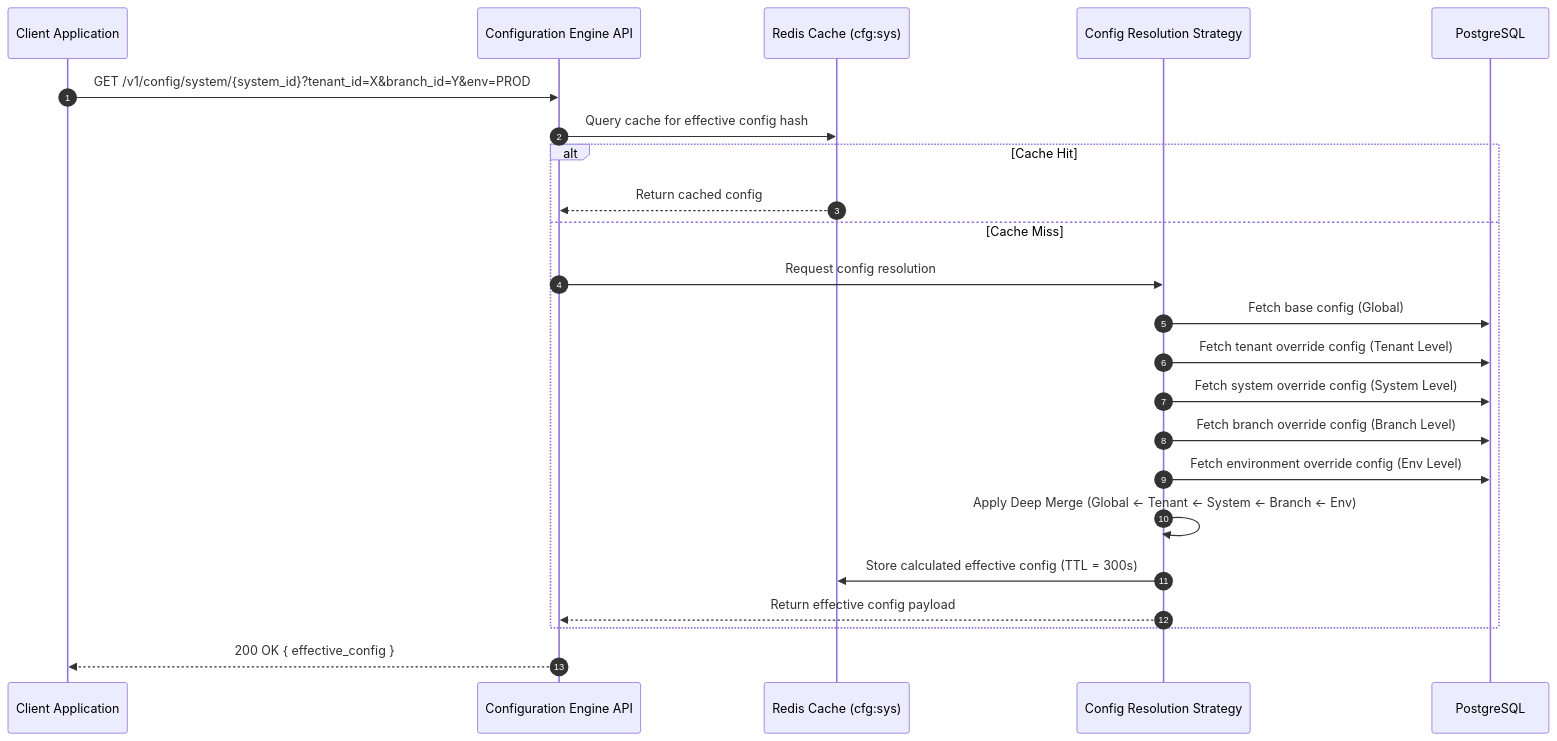
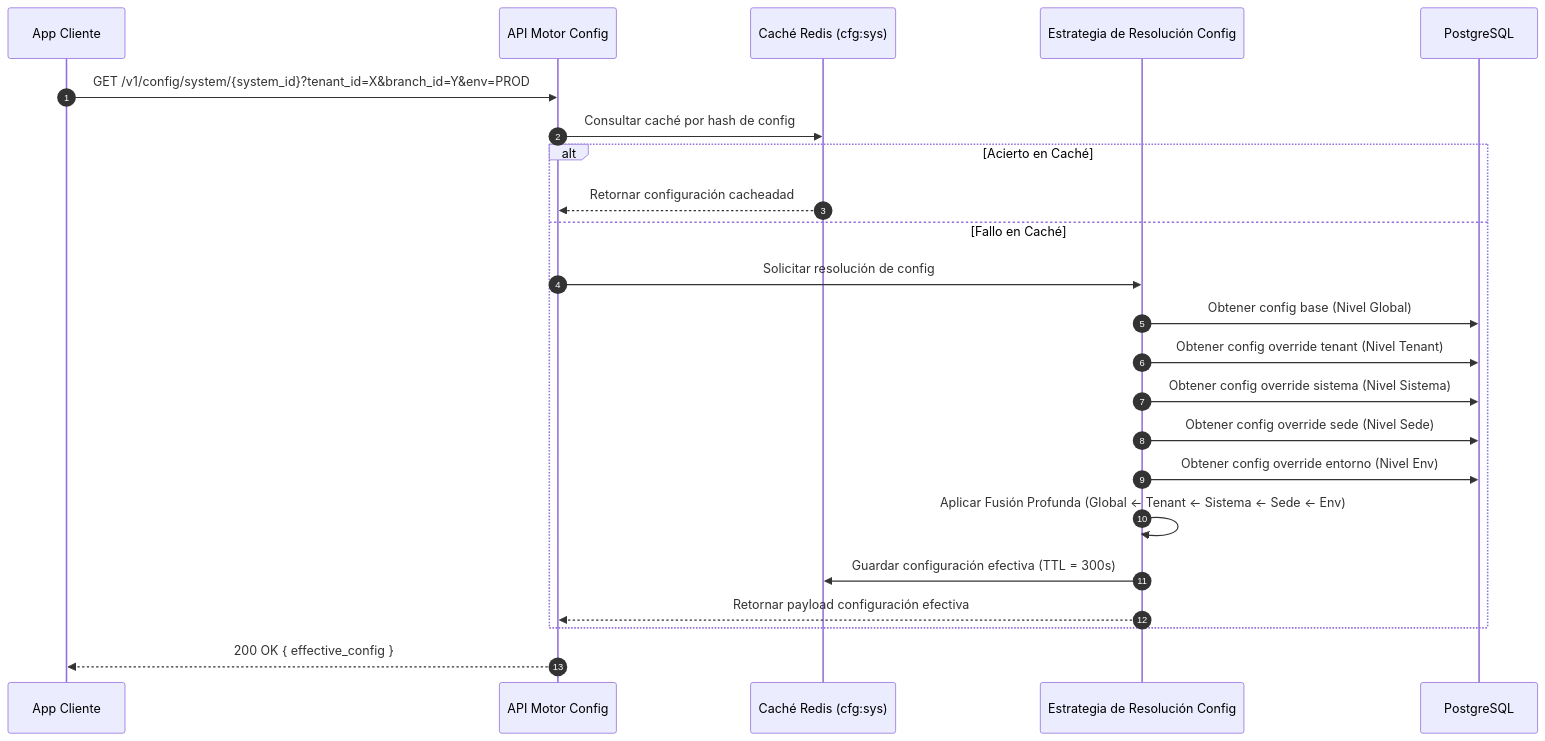
One commit to beyondnetcode/ums changed the diagram in src/ums-workspace/docs/es/01-requirements/usecases/uc-09-resolve-hierarchical-config.md. Above: the diagram before and after it, drawn with Mermaid. The commit also changed other lines of this file and 6 other files, not shown here.

Commit message:
docs: complete semantic translation of UC-05 to UC-11, unifying language and diagram nodes to Spanish

````diff
--- a/src/ums-workspace/docs/es/01-requirements/usecases/uc-09-resolve-hierarchical-config.md
+++ b/src/ums-workspace/docs/es/01-requirements/usecases/uc-09-resolve-hierarchical-config.md
@@ -22,28 +20,28 @@
 ```mermaid
 sequenceDiagram
     autonumber
-    participant Client as Client Application
-    participant ConfigAPI as Configuration Engine API
-    participant Cache as Redis Cache (cfg:sys)
-    participant Resolver as Config Resolution Strategy
+    participant Client as App Cliente
+    participant ConfigAPI as API Motor Config
+    participant Cache as Caché Redis (cfg:sys)
+    participant Resolver as Estrategia de Resolución Config
     participant DB as PostgreSQL
 
     Client->>ConfigAPI: GET /v1/config/system/{system_id}?tenant_id=X&branch_id=Y&env=PROD
-    ConfigAPI->>Cache: Query cache for effective config hash
-    alt Cache Hit
-        Cache-->>ConfigAPI: Return cached config
-    else Cache Miss
-        ConfigAPI->>Resolver: Request config resolution
-        Resolver->>DB: Fetch base config (Global)
-        Resolver->>DB: Fetch tenant override config (Tenant Level)
-        Resolver->>DB: Fetch system override config (System Level)
-        Resolver->>DB: Fetch branch override config (Branch Level)
-        Resolver->>DB: Fetch environment override config (Env Level)
+    ConfigAPI->>Cache: Consultar caché por hash de config
+    alt Acierto en Caché
+        Cache-->>ConfigAPI: Retornar configuración cacheadad
+    else Fallo en Caché
+        ConfigAPI->>Resolver: Solicitar resolución de config
+        Resolver->>DB: Obtener config base (Nivel Global)
+        Resolver->>DB: Obtener config override tenant (Nivel Tenant)
+        Resolver->>DB: Obtener config override sistema (Nivel Sistema)
+        Resolver->>DB: Obtener config override sede (Nivel Sede)
+        Resolver->>DB: Obtener config override entorno (Nivel Env)
         
-        Resolver->>Resolver: Apply Deep Merge (Global <- Tenant <- System <- Branch <- Env)
+        Resolver->>Resolver: Aplicar Fusión Profunda (Global <- Tenant <- Sistema <- Sede <- Env)
         
-        Resolver->>Cache: Store calculated effective config (TTL = 300s)
-        Resolver-->>ConfigAPI: Return effective config payload
+        Resolver->>Cache: Guardar configuración efectiva (TTL = 300s)
+        Resolver-->>ConfigAPI: Retornar payload configuración efectiva
     end
     ConfigAPI-->>Client: 200 OK { effective_config }
 ```
````
